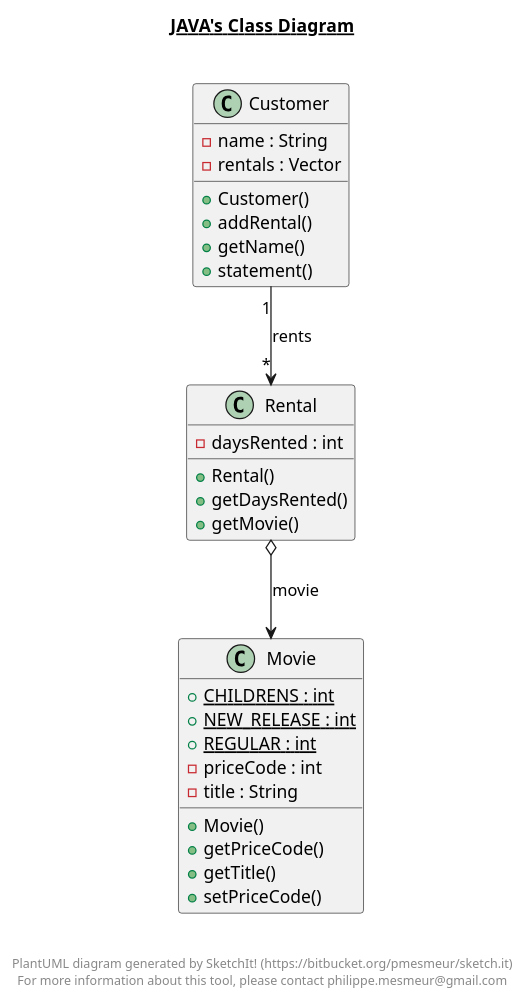
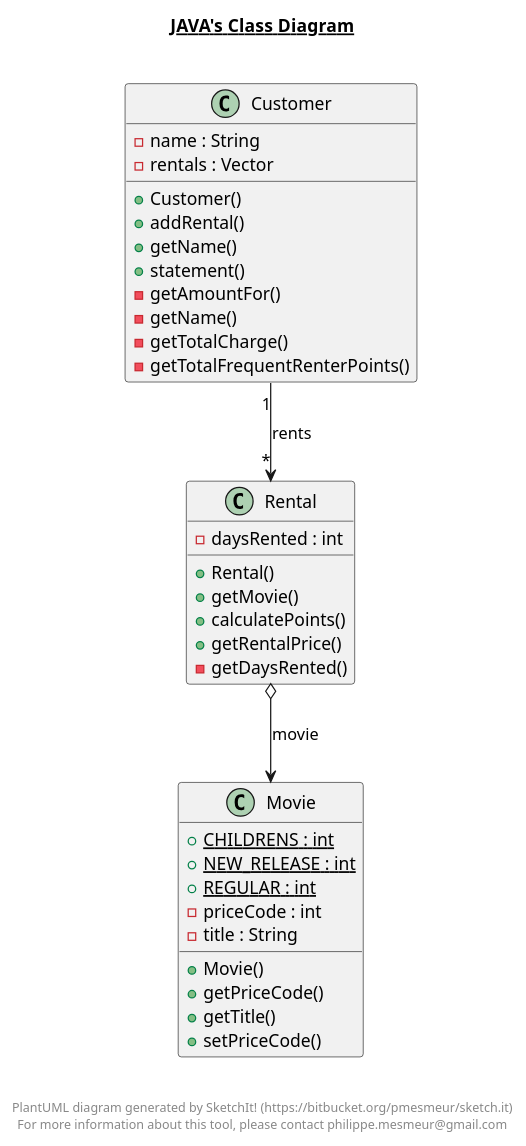
The diagram in doc/java.plantuml (DissenySoftware-25-26/p0-videostore-f09), drawn with PlantUML before and after one commit. The commit also changed 4 other files, not shown here.

Commit message:
starting diagrams

```diff
--- a/doc/java.plantuml
+++ b/doc/java.plantuml
@@ -1,43 +1,49 @@
 @startuml
 
 title __JAVA's Class Diagram__\n
 
     class Customer {
         - name : String
         - rentals : Vector
         + Customer()
         + addRental()
         + getName()
         + statement()
+        - getAmountFor()
+        - getName()
+        -getTotalCharge()
+        -getTotalFrequentRenterPoints()
     }
     class Movie {
         {static} + CHILDRENS : int
         {static} + NEW_RELEASE : int
         {static} + REGULAR : int
         - priceCode : int
         - title : String
         + Movie()
         + getPriceCode()
         + getTitle()
         + setPriceCode()
     }
     class Rental {
         - daysRented : int
         + Rental()
-        + getDaysRented()
         + getMovie()
+        + calculatePoints()
+        + getRentalPrice()
+        - getDaysRented()
     }
 
 
   Rental o--> Movie : movie
   Customer "1" --> "*" Rental: rents
 
 
 right footer
 
 
 PlantUML diagram generated by SketchIt! (https://bitbucket.org/pmesmeur/sketch.it)
 For more information about this tool, please contact philippe.mesmeur@gmail.com
 endfooter
 
 @enduml
```
